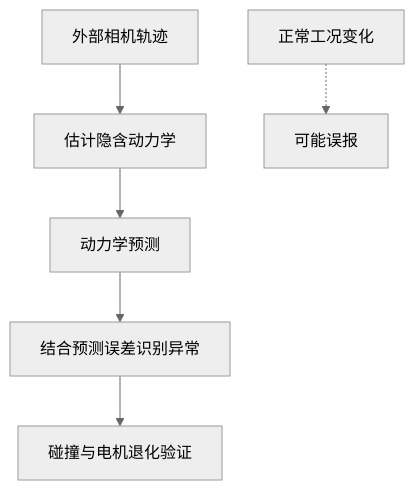
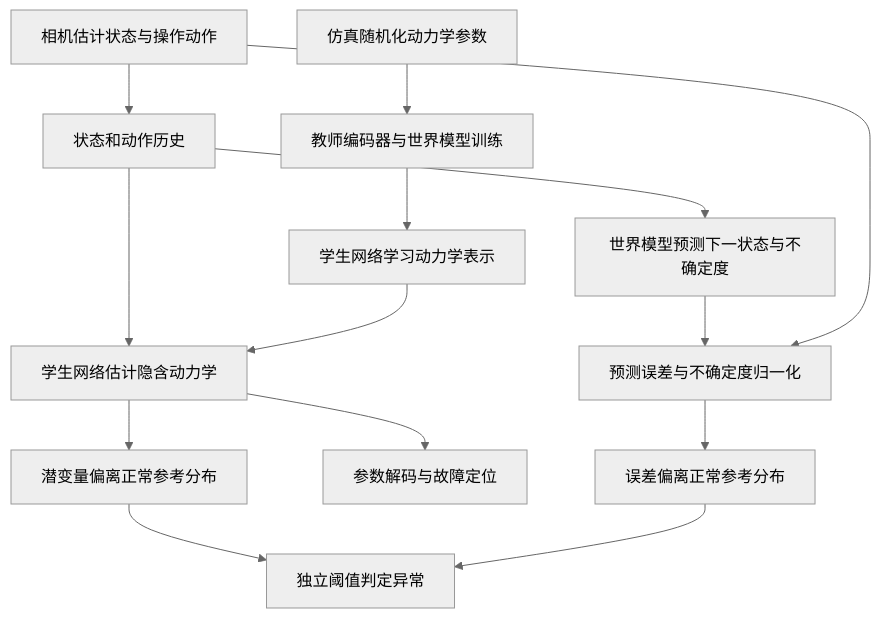
The first of 2 diagrams in wiki/entities/paper-aware.md (ImChong/Robotics_Notebooks), drawn with Mermaid (neutral theme) before and after one commit. The commit also changed other lines of this file and 9 other files, not shown here.

Commit message:
docs(wiki): 依据论文方法修订流程并撤下待核实图

````diff
--- a/wiki/entities/paper-aware.md
+++ b/wiki/entities/paper-aware.md
@@ -59,8 +59,16 @@
 ```mermaid
 flowchart TD
-  A["外部相机轨迹"] --> B["估计隐含动力学"]
-  B --> C["动力学预测"]
-  C --> D["结合预测误差识别异常"]
-  D --> E["碰撞与电机退化验证"]
-  F["正常工况变化"] -.-> G["可能误报"]
+  A["相机估计状态与操作动作"] --> B["状态和动作历史"]
+  B --> C["学生网络估计隐含动力学"]
+  B --> D["世界模型预测下一状态与不确定度"]
+  C --> E["潜变量偏离正常参考分布"]
+  C --> F["参数解码与故障定位"]
+  D --> G["预测误差与不确定度归一化"]
+  A --> G
+  G --> H["误差偏离正常参考分布"]
+  E --> I["独立阈值判定异常"]
+  H --> I
+  J["仿真随机化动力学参数"] --> K["教师编码器与世界模型训练"]
+  K --> L["学生网络学习动力学表示"]
+  L --> C
 ```
````
